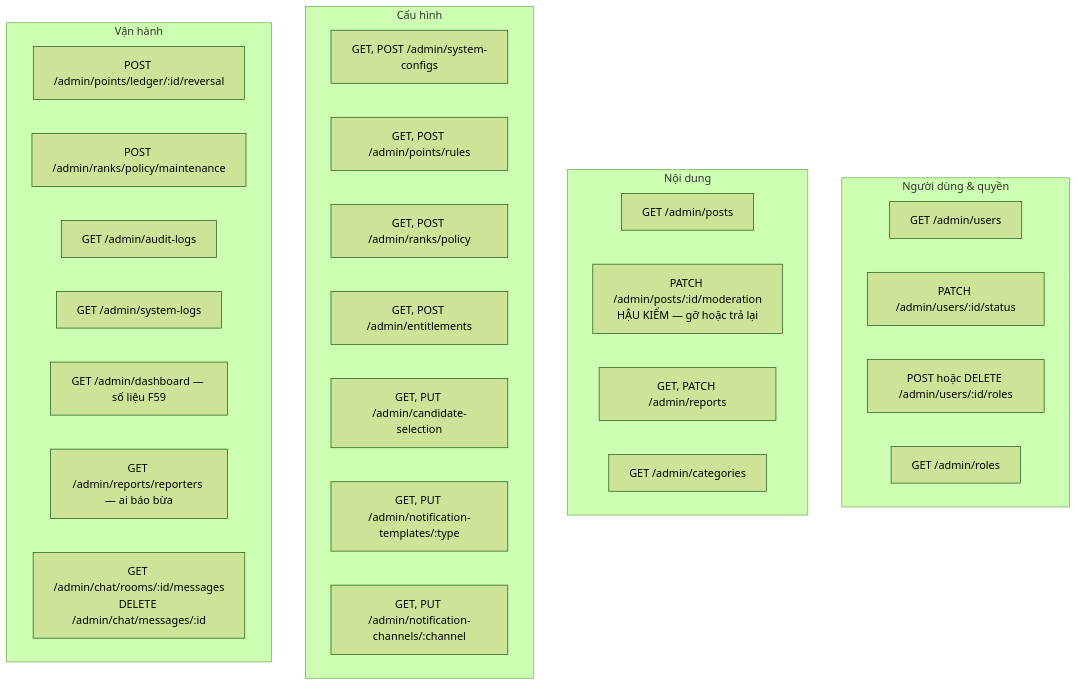
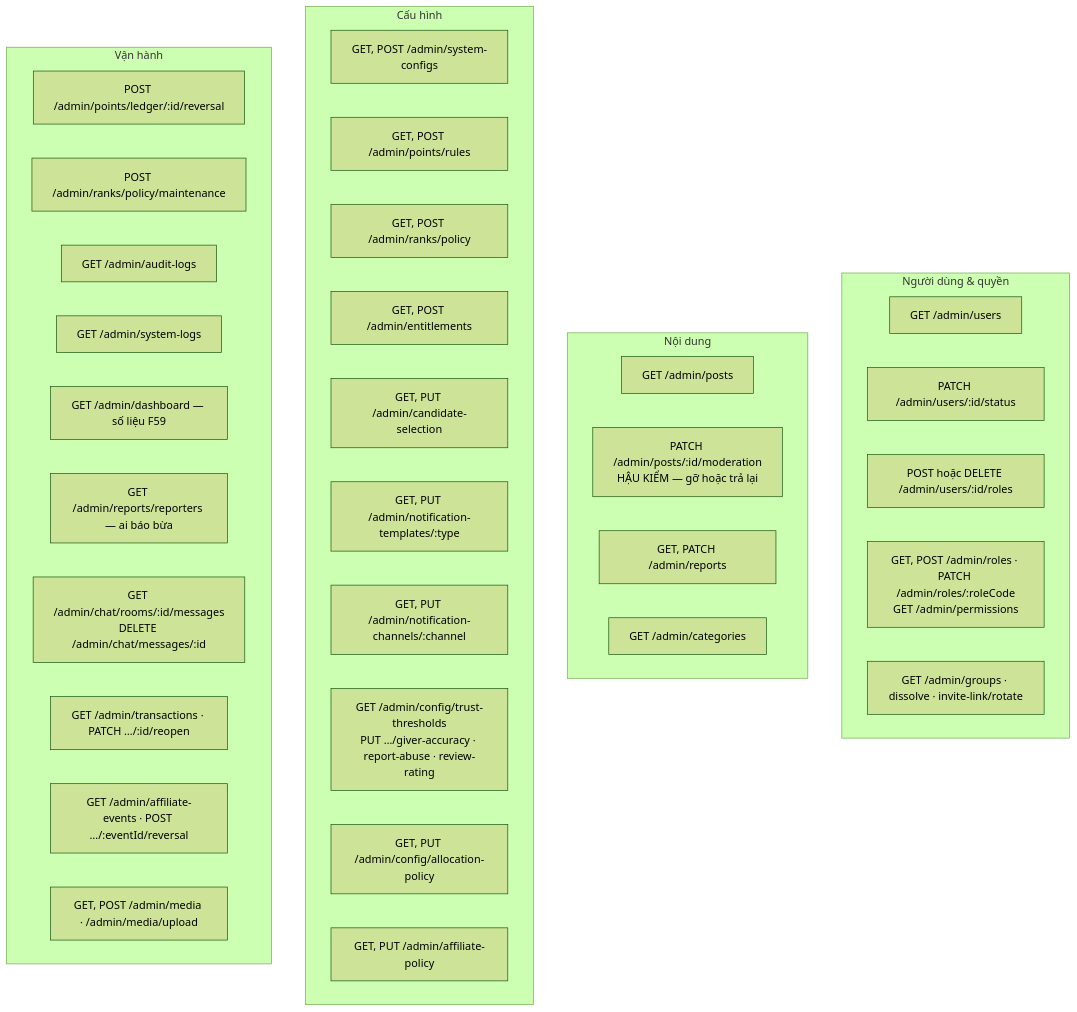
The fourth of 5 diagrams in docs/diagram/16-admin.md (fdshn/trueheart), drawn with Mermaid (forest theme) before and after one commit. The commit also changed other lines of this file and 49 other files, not shown here.

````diff
--- a/docs/diagram/16-admin.md
+++ b/docs/diagram/16-admin.md
@@ -128,33 +133,40 @@
 ```mermaid
 flowchart TD
     subgraph Người["Người dùng & quyền"]
         A1["GET /admin/users"]
         A2["PATCH /admin/users/:id/status"]
         A3["POST hoặc DELETE /admin/users/:id/roles"]
-        A4["GET /admin/roles"]
+        A4["GET, POST /admin/roles · PATCH /admin/roles/:roleCode<br/>GET /admin/permissions"]
+        A5["GET /admin/groups · dissolve · invite-link/rotate"]
     end
     subgraph Nội["Nội dung"]
         B1["GET /admin/posts"]
         B2["PATCH /admin/posts/:id/moderation<br/>HẬU KIỂM — gỡ hoặc trả lại"]
         B3["GET, PATCH /admin/reports"]
         B4["GET /admin/categories"]
     end
     subgraph Cấu["Cấu hình"]
         C1["GET, POST /admin/system-configs"]
         C2["GET, POST /admin/points/rules"]
         C3["GET, POST /admin/ranks/policy"]
         C4["GET, POST /admin/entitlements"]
         C5["GET, PUT /admin/candidate-selection"]
         C6["GET, PUT /admin/notification-templates/:type"]
         C7["GET, PUT /admin/notification-channels/:channel"]
+        C8["GET /admin/config/trust-thresholds<br/>PUT …/giver-accuracy · report-abuse · review-rating"]
+        C9["GET, PUT /admin/config/allocation-policy"]
+        C10["GET, PUT /admin/affiliate-policy"]
     end
     subgraph Vận["Vận hành"]
         D1["POST /admin/points/ledger/:id/reversal"]
         D2["POST /admin/ranks/policy/maintenance"]
         D3["GET /admin/audit-logs"]
         D4["GET /admin/system-logs"]
         D5["GET /admin/dashboard — số liệu F59"]
         D6["GET /admin/reports/reporters — ai báo bừa"]
         D7["GET /admin/chat/rooms/:id/messages<br/>DELETE /admin/chat/messages/:id"]
+        D8["GET /admin/transactions · PATCH …/:id/reopen"]
+        D9["GET /admin/affiliate-events · POST …/:eventId/reversal"]
+        D10["GET, POST /admin/media · /admin/media/upload"]
     end
 ```
````
